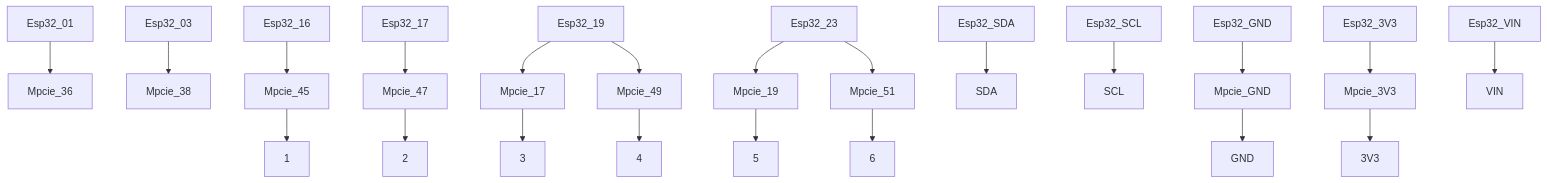
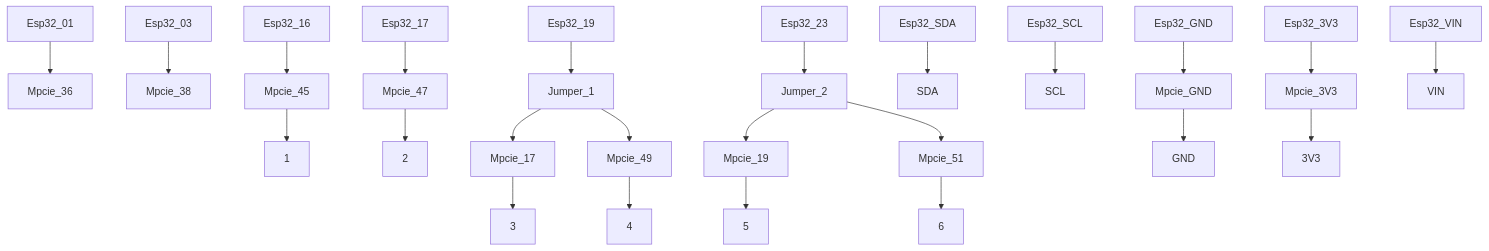
The diagram in v6/draft.md (jancelin/RoverGNSS_RTK_BT_esp32_f9p), drawn with Mermaid before and after one commit. The commit also changed other lines of this file, not shown here.

````diff
--- a/v6/draft.md
+++ b/v6/draft.md
@@ -178,16 +181,18 @@
 ```mermaid
 graph TD;
     Esp32_01-->Mpcie_36;
     Esp32_03-->Mpcie_38;
     Esp32_16-->Mpcie_45-->1;
     Esp32_17-->Mpcie_47-->2;
-    Esp32_19-->Mpcie_17-->3;
-    Esp32_19-->Mpcie_49-->4;
-    Esp32_23-->Mpcie_19-->5;
-    Esp32_23-->Mpcie_51-->6;
+    Esp32_19-->Jumper_1;
+    Jumper_1-->Mpcie_17-->3;
+    Jumper_1-->Mpcie_49-->4;
+    Esp32_23-->Jumper_2
+    Jumper_2-->Mpcie_19-->5;
+    Jumper_2-->Mpcie_51-->6;
     Esp32_SDA-->SDA;
     Esp32_SCL-->SCL;
     Esp32_GND-->Mpcie_GND-->GND;
     Esp32_3V3-->Mpcie_3V3-->3V3;
     Esp32_VIN-->VIN;
 ```
````
